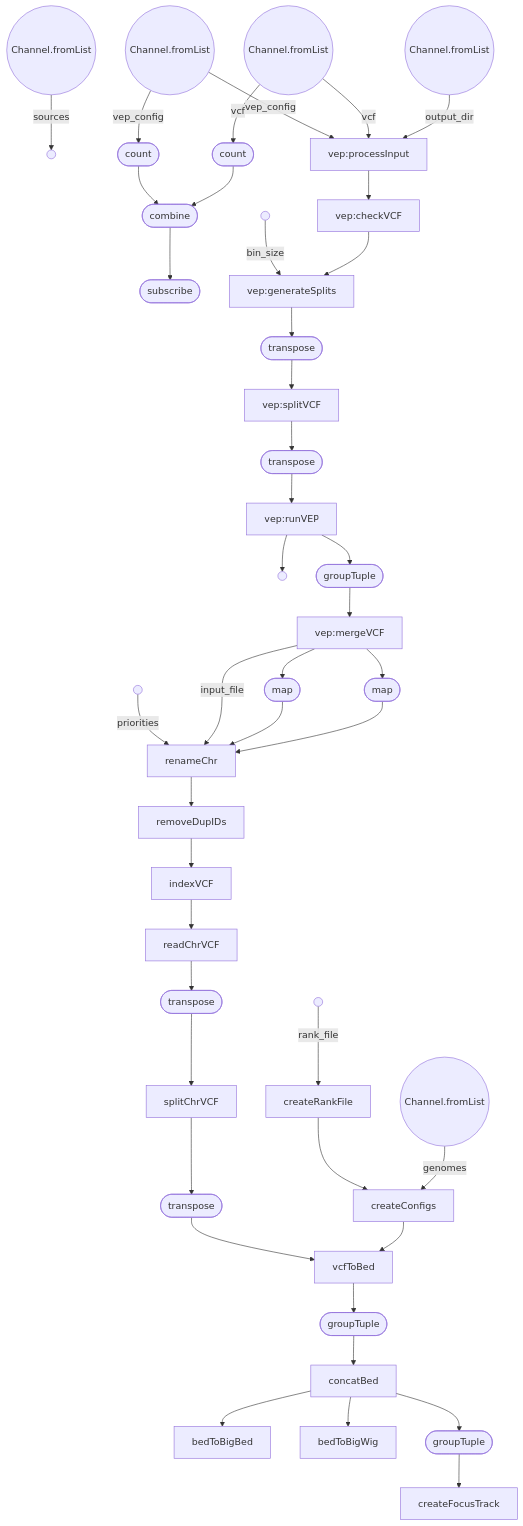
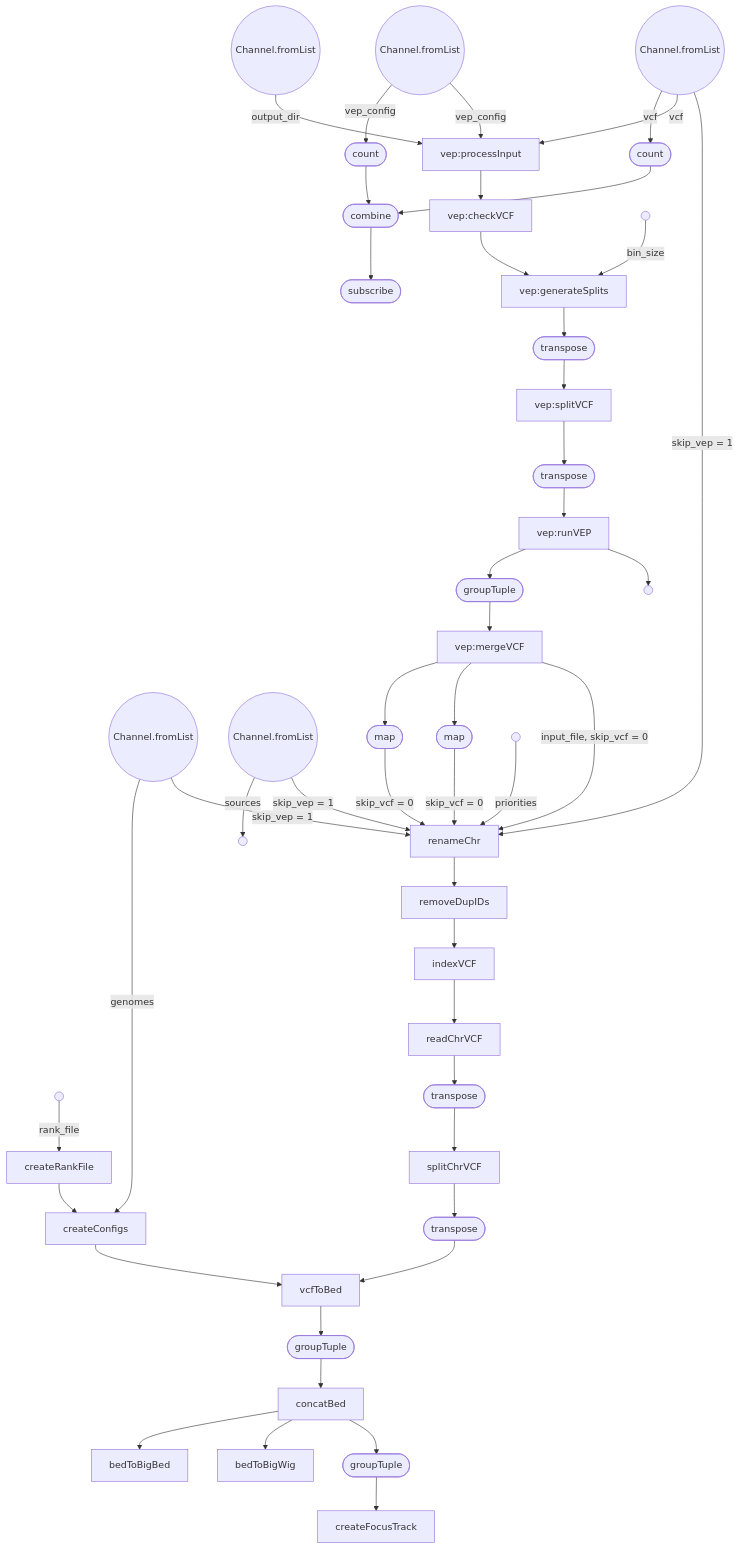
The diagram in README.md (ainefairbrother/ensembl-variation-pipelines), drawn with Mermaid before and after one commit. The commit also changed other lines of this file, not shown here.

Commit message:
Fix readme diagram

````diff
--- a/README.md
+++ b/README.md
@@ -194,10 +194,10 @@
     p20 --> p21
     p22 --> p23
     p23 --> p24
-    p24 --> p27
+    p24 -->|skip_vcf = 0| p27
     p23 --> p25
-    p25 --> p27
-    p23 -->|input_file| p27
+    p25 -->|skip_vcf = 0| p27
+    p23 -->|input_file, skip_vcf = 0| p27
     p26 -->|priorities| p27
     p27 --> p28
     p28 --> p29
@@ -212,4 +212,7 @@
     p36 --> p38
     p36 --> p39
     p39 --> p40
+    p3 -->|skip_vep = 1| p27
+    p4 -->|skip_vep = 1| p27
+    p0 -->|skip_vep = 1| p27
 ```
````
